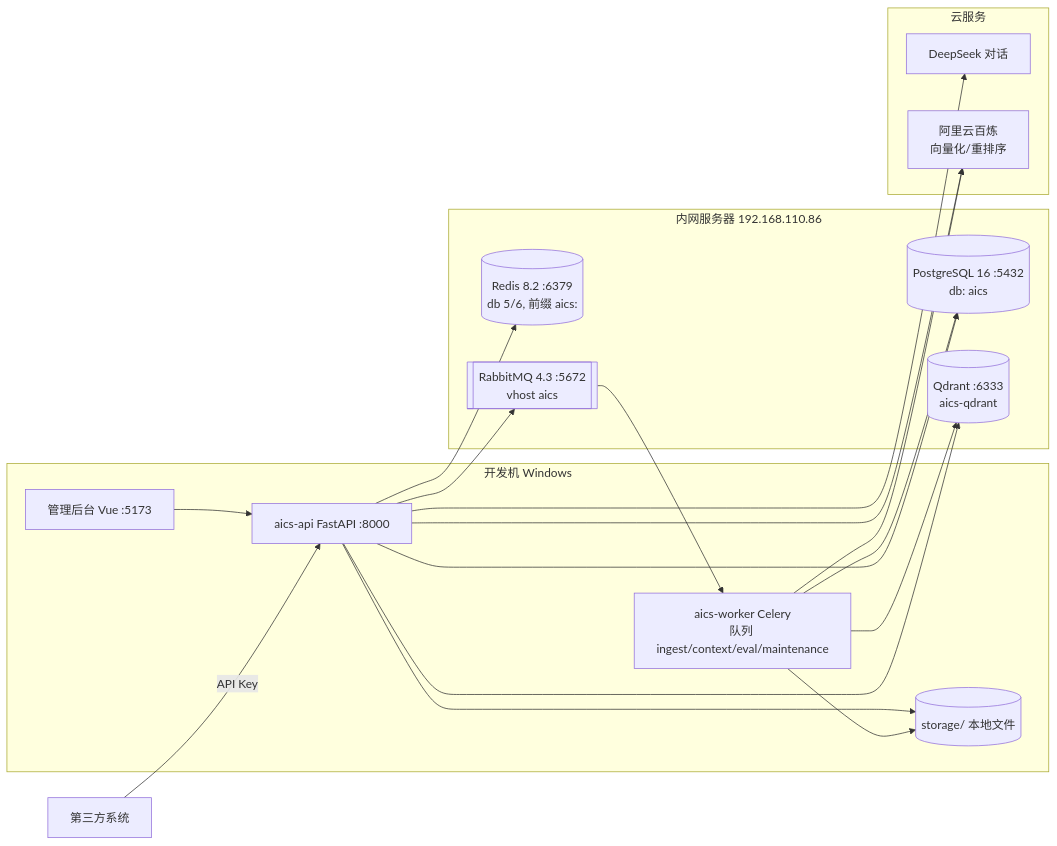
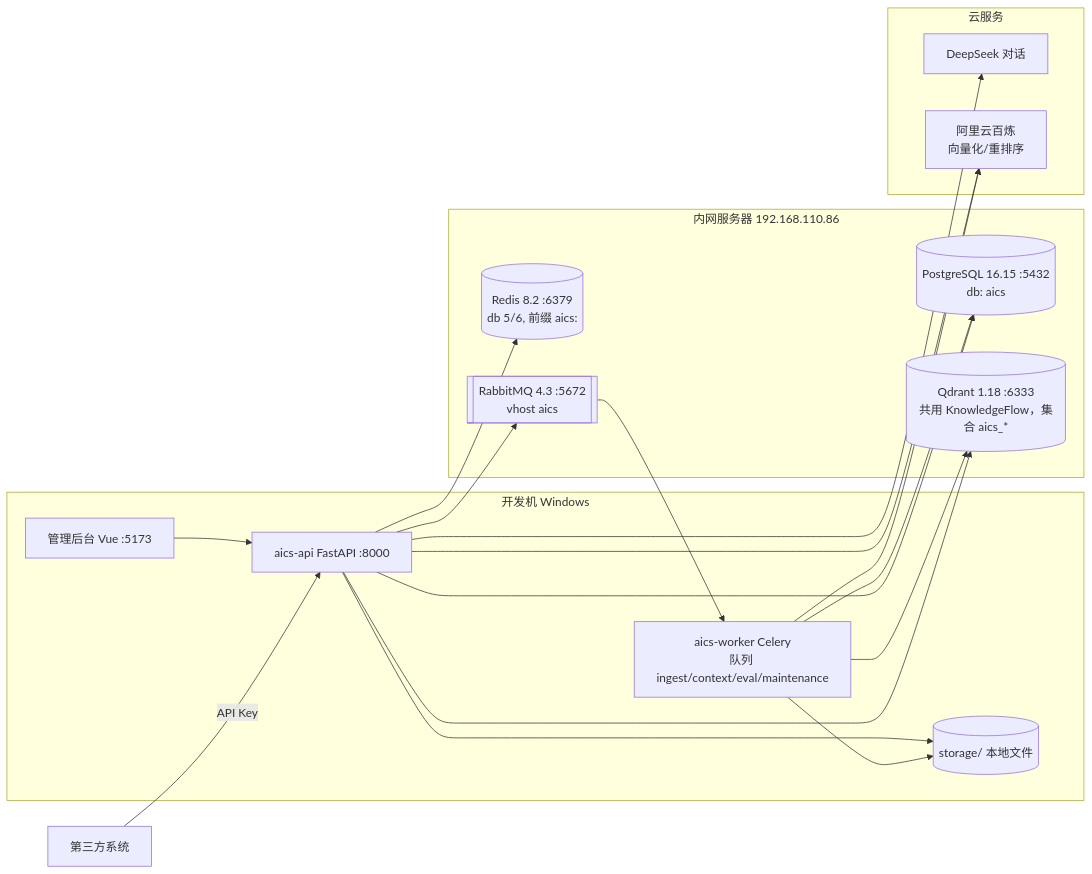
The diagram in docs/02-architecture/01-系统架构.md (YKkksss/AIIntelligentCustomerService), drawn with Mermaid before and after one commit. The commit also changed 21 other files, not shown here.

Commit message:
docs(deploy): 按服务器实际情况更新（可用内存 1.5GB、共用 KnowledgeFlow Qdrant、Redis ACL、PG 16.15）

````diff
--- a/docs/02-architecture/01-系统架构.md
+++ b/docs/02-architecture/01-系统架构.md
@@ -4,25 +4,25 @@
 ```mermaid
 flowchart LR
   subgraph PC[开发机 Windows]
     WEB[管理后台 Vue :5173]
     API[aics-api FastAPI :8000]
     WK[aics-worker Celery<br/>队列 ingest/context/eval/maintenance]
     FS[(storage/ 本地文件)]
   end
   subgraph SRV[内网服务器 192.168.110.86]
-    PG[(PostgreSQL 16 :5432<br/>db: aics)]
+    PG[(PostgreSQL 16.15 :5432<br/>db: aics)]
     RD[(Redis 8.2 :6379<br/>db 5/6, 前缀 aics:)]
     MQ[[RabbitMQ 4.3 :5672<br/>vhost aics]]
-    QD[(Qdrant :6333<br/>aics-qdrant)]
+    QD[(Qdrant 1.18 :6333<br/>共用 KnowledgeFlow，集合 aics_*)]
   end
   subgraph CLOUD[云服务]
     DS[DeepSeek 对话]
     BL[阿里云百炼<br/>向量化/重排序]
   end
   EXT[第三方系统] -->|API Key| API
   WEB --> API
   API --> PG & RD & QD & MQ
   MQ --> WK
   WK --> PG & QD & FS & BL
   API --> DS & BL & FS
 ```
````
